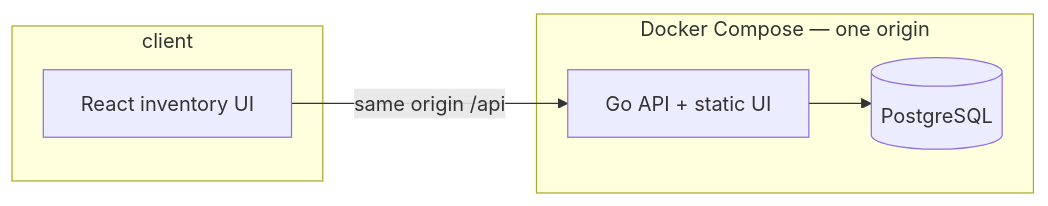
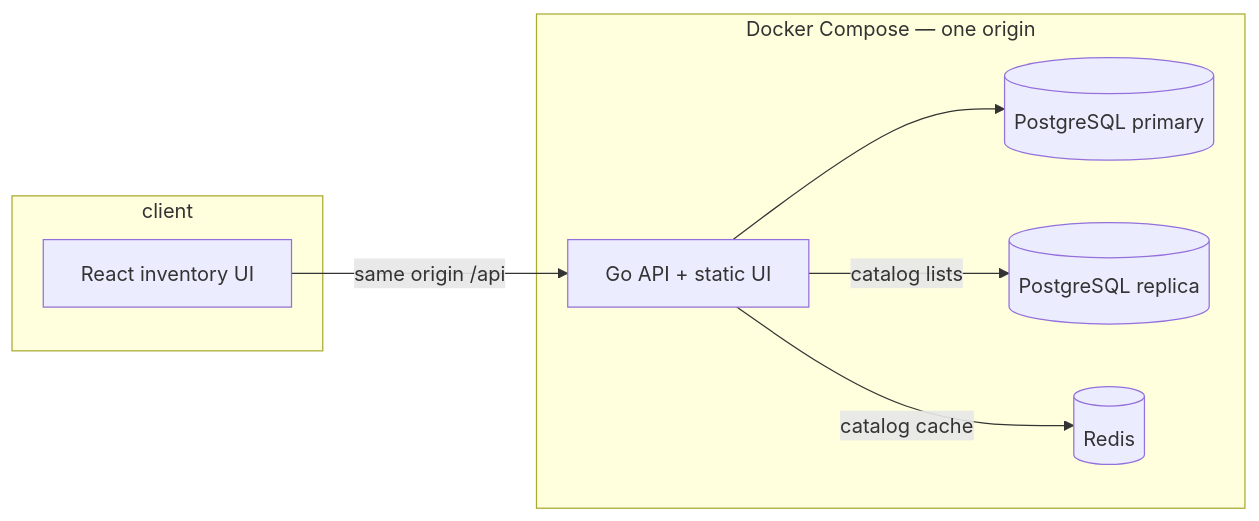
The first of 2 diagrams in docs/architecture/README.md (nghialthanh/inventory_dashboard), drawn with Mermaid before and after one commit. The commit also changed other lines of this file and 64 other files, not shown here.

````diff
--- a/docs/architecture/README.md
+++ b/docs/architecture/README.md
@@ -9,12 +9,16 @@
 ```mermaid
 flowchart LR
   subgraph client
     UI[React inventory UI]
   end
   subgraph compose["Docker Compose — one origin"]
     API[Go API + static UI]
-    PG[(PostgreSQL)]
+    PG[(PostgreSQL primary)]
+    PGR[(PostgreSQL replica)]
+    Redis[(Redis)]
   end
   UI -->|same origin /api| API
   API --> PG
+  API -->|catalog lists| PGR
+  API -->|catalog cache| Redis
 ```
````
